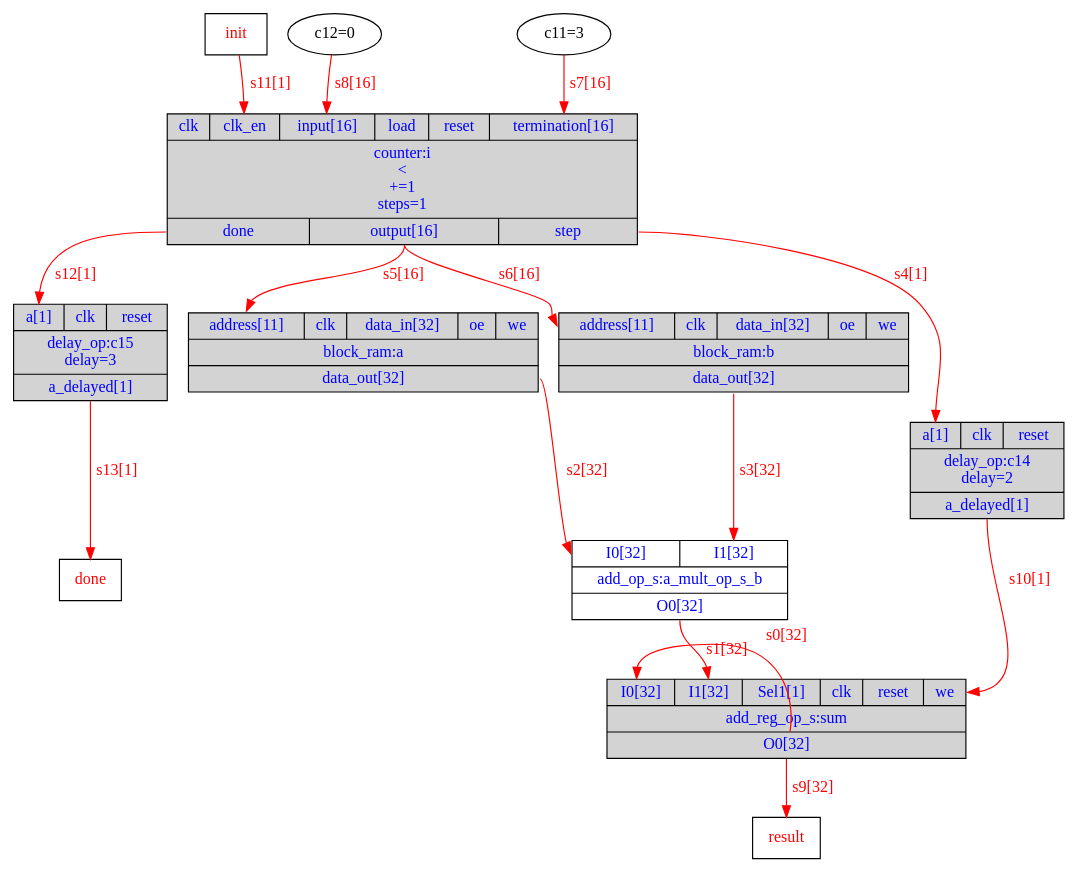
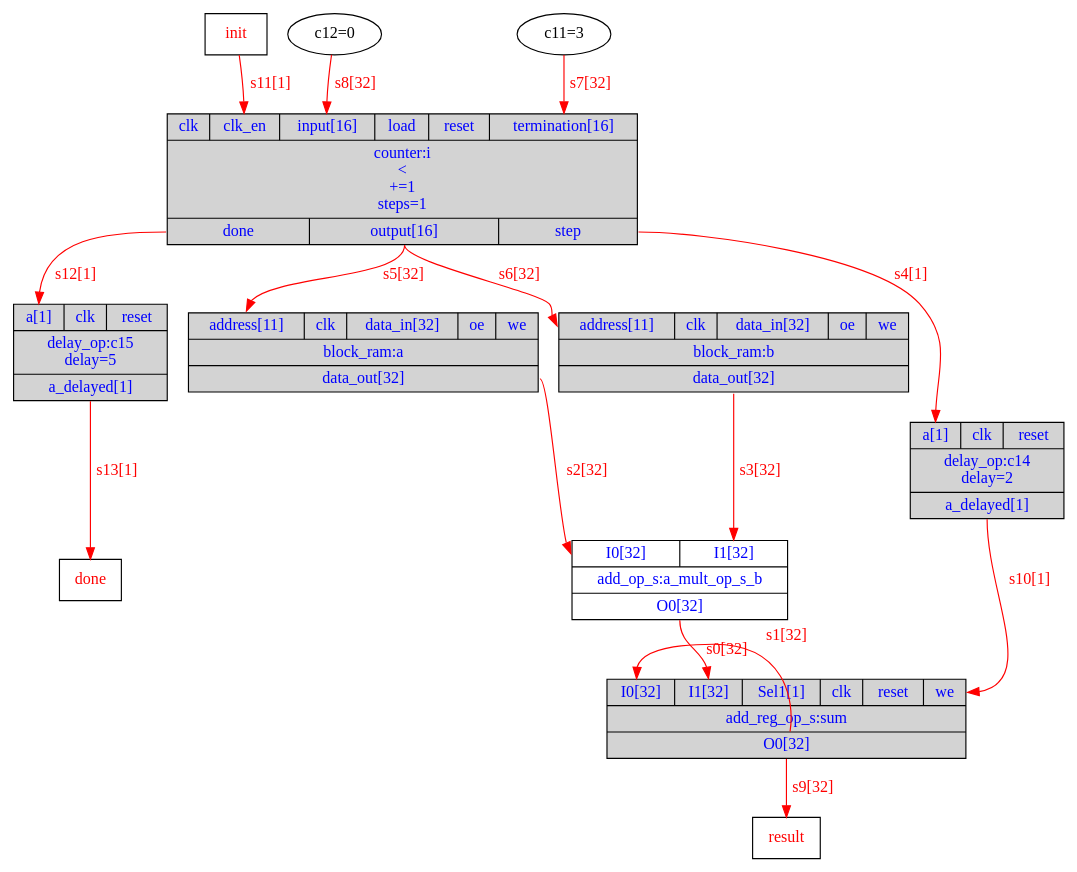
One commit to menotti/lalp changed the diagram in Exemplos/dotprod/DOT/Exemplo_HW.dot. Above: the diagram before and after it, drawn with Graphviz. The commit also changed 75 other files, not shown here.

```diff
--- a/Exemplos/dotprod/DOT/Exemplo_HW.dot
+++ b/Exemplos/dotprod/DOT/Exemplo_HW.dot
@@ -1,25 +1,25 @@
 digraph diagram {
 // Components (Nodes) 
 "i" [shape=record, fontcolor=blue, style="filled", fillcolor="lightgray", label="{{<clk>clk|<clk_en>clk_en|<input>input[16]|<load>load|<reset>reset|<termination>termination[16]}|counter:i\n\<\n+=1\nsteps=1|{<done>done|<output>output[16]|<step>step}}"]; 
 "sum" [shape=record, fontcolor=blue, style="filled", fillcolor="lightgray", label="{{<I0>I0[32]|<I1>I1[32]|<Sel1>Sel1[1]|<clk>clk|<reset>reset|<we>we}|add_reg_op_s:sum|{<O0>O0[32]}}"]; 
 "a_mult_op_s_b" [shape=record, fontcolor=blue, label="{{<I0>I0[32]|<I1>I1[32]}|add_op_s:a_mult_op_s_b|{<O0>O0[32]}}"]; 
 "a" [shape=record, fontcolor=blue, style="filled", fillcolor="lightgray", label="{{<address>address[11]|<clk>clk|<data_in>data_in[32]|<oe>oe|<we>we}|block_ram:a|{<data_out>data_out[32]}}"]; 
 "b" [shape=record, fontcolor=blue, style="filled", fillcolor="lightgray", label="{{<address>address[11]|<clk>clk|<data_in>data_in[32]|<oe>oe|<we>we}|block_ram:b|{<data_out>data_out[32]}}"]; 
 "init" [shape=msquare fontcolor=red label="init"]"done" [shape=msquare fontcolor=red label="done"]"c11" [fontcolor=b label="c11=3"]"c12" [fontcolor=b label="c12=0"]"result" [shape=msquare fontcolor=red label="result"]"c14" [shape=record, fontcolor=blue, style="filled", fillcolor="lightgray", label="{{<a>a[1]|<clk>clk|<reset>reset}|delay_op:c14\ndelay=2|{<a_delayed>a_delayed[1]}}"]; 
-"c15" [shape=record, fontcolor=blue, style="filled", fillcolor="lightgray", label="{{<a>a[1]|<clk>clk|<reset>reset}|delay_op:c15\ndelay=3|{<a_delayed>a_delayed[1]}}"]; 
+"c15" [shape=record, fontcolor=blue, style="filled", fillcolor="lightgray", label="{{<a>a[1]|<clk>clk|<reset>reset}|delay_op:c15\ndelay=5|{<a_delayed>a_delayed[1]}}"]; 
 // Signals (Edges) 
-"sum":O0 -> "sum":I0[label="s0[32]" color=red fontcolor=red]; 
-"a_mult_op_s_b":O0 -> "sum":I1[label="s1[32]" color=red fontcolor=red]; 
+"a_mult_op_s_b":O0 -> "sum":I1[label="s0[32]" color=red fontcolor=red]; 
+"sum":O0 -> "sum":I0[label="s1[32]" color=red fontcolor=red]; 
 "a":data_out -> "a_mult_op_s_b":I0[label="s2[32]" color=red fontcolor=red]; 
 "b":data_out -> "a_mult_op_s_b":I1[label="s3[32]" color=red fontcolor=red]; 
 "i":step -> "c14":a[label="s4[1]" color=red fontcolor=red]; 
-"i":output -> "a":address[label="s5[16]" color=red fontcolor=red]; 
-"i":output -> "b":address[label="s6[16]" color=red fontcolor=red]; 
-"c11":out -> "i":termination[label="s7[16]" color=red fontcolor=red]; 
-"c12":out -> "i":input[label="s8[16]" color=red fontcolor=red]; 
+"i":output -> "a":address[label="s5[32]" color=red fontcolor=red]; 
+"i":output -> "b":address[label="s6[32]" color=red fontcolor=red]; 
+"c11":out -> "i":termination[label="s7[32]" color=red fontcolor=red]; 
+"c12":out -> "i":input[label="s8[32]" color=red fontcolor=red]; 
 "sum":O0 -> "result":in[label="s9[32]" color=red fontcolor=red]; 
 "c14":a_delayed -> "sum":we[label="s10[1]" color=red fontcolor=red]; 
 "init":out -> "i":clk_en[label="s11[1]" color=red fontcolor=red]; 
 "i":done -> "c15":a[label="s12[1]" color=red fontcolor=red]; 
 "c15":a_delayed -> "done":in[label="s13[1]" color=red fontcolor=red]; 
 }
```
